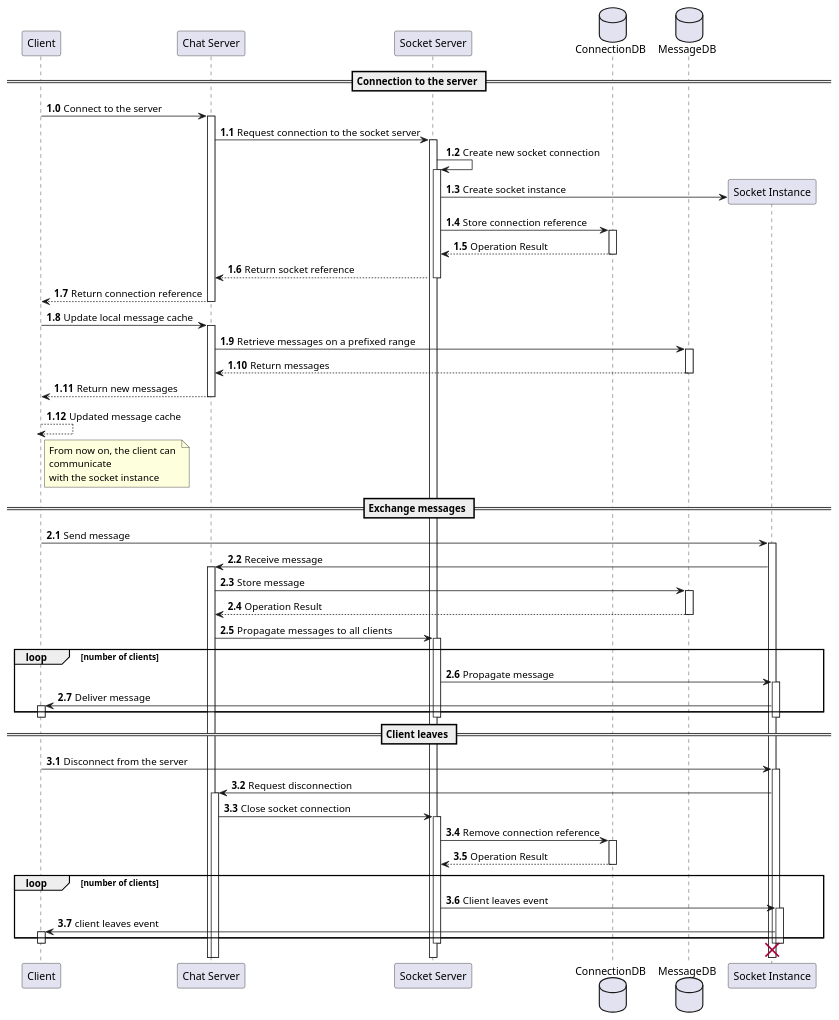
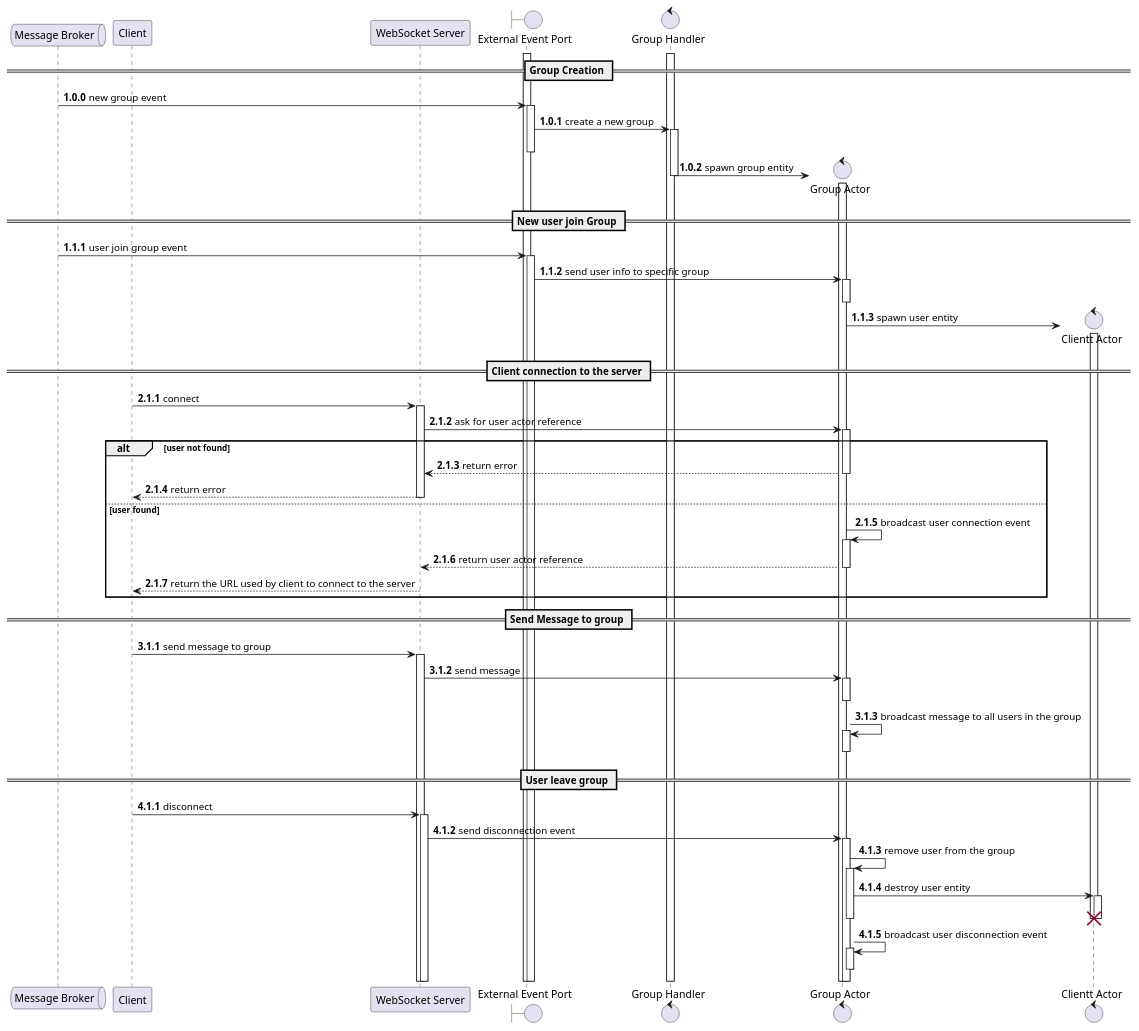
Before and after one commit to position-pal/Documentation: the diagram in content/schemas/chat-sequence.puml, drawn with PlantUML. The commit also changed 1 other file, not shown here.

Commit message:
doc: edit chat-sequence

```diff
--- a/content/schemas/chat-sequence.puml
+++ b/content/schemas/chat-sequence.puml
@@ -1,70 +1,66 @@
 @startuml Chat Sequence UML Diagram
-autonumber 1.0
+autonumber 1.0.0
 autoactivate on
 
+queue "Message Broker" as MB
 participant "Client" as C
-participant "Chat Server" as ChatS
-participant "Socket Server" as SocketS
-database "ConnectionDB" as CDB
-database "MessageDB" as MDB
+participant "WebSocket Server" as WS
+boundary "External Event Port" as EP
+control "Group Handler" as GH
+control "Group Actor" as GA
+control "Clientt Actor" as CA
 
+activate GH
+activate EP
 
-== Connection to the server ==
-C -> ChatS: Connect to the server
-ChatS -> SocketS: Request connection to the socket server
-SocketS -> SocketS: Create new socket connection
-SocketS -> "Socket Instance" ** : Create socket instance
-SocketS -> CDB: Store connection reference
-CDB --> SocketS: Operation Result
-SocketS --> ChatS: Return socket reference
-ChatS --> C: Return connection reference
-C -> ChatS: Update local message cache
-ChatS -> MDB: Retrieve messages on a prefixed range
-MDB --> ChatS: Return messages
-ChatS --> C: Return new messages
-C --> C: Updated message cache
-note right of C
-  From now on, the client can 
-  communicate 
-  with the socket instance
-end note
+== Group Creation ==
+MB -> EP: new group event
+EP -> GH: create a new group
+deactivate EP
+GH -> GA **: spawn group entity
+activate GA
+deactivate GH
 
-== Exchange messages ==
+== New user join Group ==
+autonumber inc B
+MB -> EP: user join group event
+EP -> GA: send user info to specific group
+deactivate GA
+GA -> CA **: spawn user entity
+activate CA
 
+== Client connection to the server ==
 autonumber inc A
-C -> "Socket Instance": Send message
-"Socket Instance" -> ChatS: Receive message
-ChatS -> MDB: Store message
-MDB --> ChatS: Operation Result
-ChatS -> SocketS: Propagate  messages to all clients
-loop number of clients
-    SocketS -> "Socket Instance": Propagate message
-    "Socket Instance" -> C: Deliver message
+C -> WS: connect
+WS -> GA: ask for user actor reference
+alt user not found
+    GA --> WS: return error
+    WS --> C: return error
+else user found
+    GA -> GA: broadcast user connection event
+    GA --> WS: return user actor reference
+    WS --> C: return the URL used by client to connect to the server
 end
-deactivate "Socket Instance"
-deactivate SocketS
-deactivate C
 
+== Send Message to group ==
+autonumber inc A
+C -> WS: send message to group
+WS -> GA: send message
+deactivate GA
+GA -> GA: broadcast message to all users in the group
+deactivate GA
 
-== Client leaves ==
-
+== User leave group ==
 autonumber inc A
-C -> "Socket Instance": Disconnect from the server
-"Socket Instance" -> ChatS: Request disconnection
-
-ChatS -> SocketS: Close socket connection
-SocketS -> CDB: Remove connection reference
-CDB --> SocketS: Operation Result
-loop number of clients
-    SocketS -> "Socket Instance": Client leaves event
-    "Socket Instance" -> C: client leaves event
-end
-deactivate "Socket Instance"
-deactivate SocketS
-deactivate C
-
-destroy "Socket Instance"
-
+C -> WS: disconnect
+WS -> GA: send disconnection event
+GA -> GA: remove user from the group
+GA -> CA: destroy user entity
+deactivate CA
+destroy CA
+deactivate GA
+GA -> GA: broadcast user disconnection event
+deactivate GA
 
 
 @enduml
```
